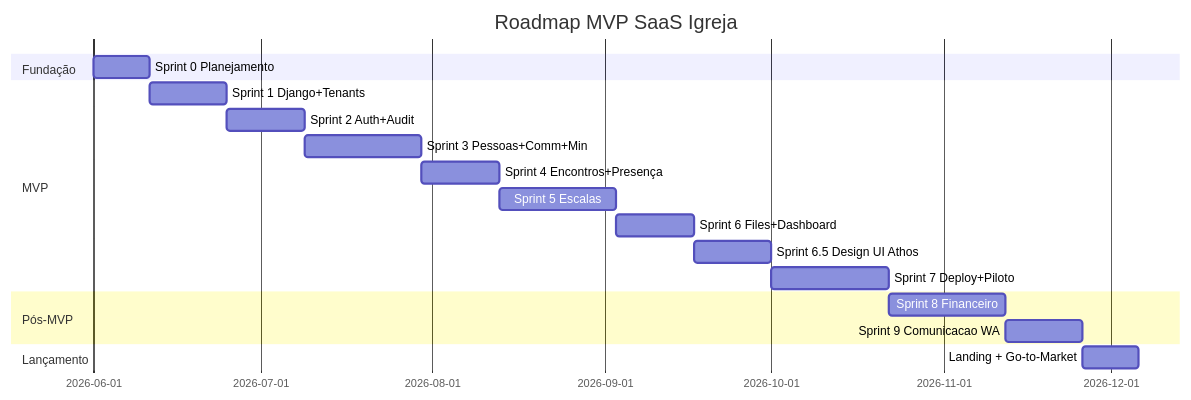
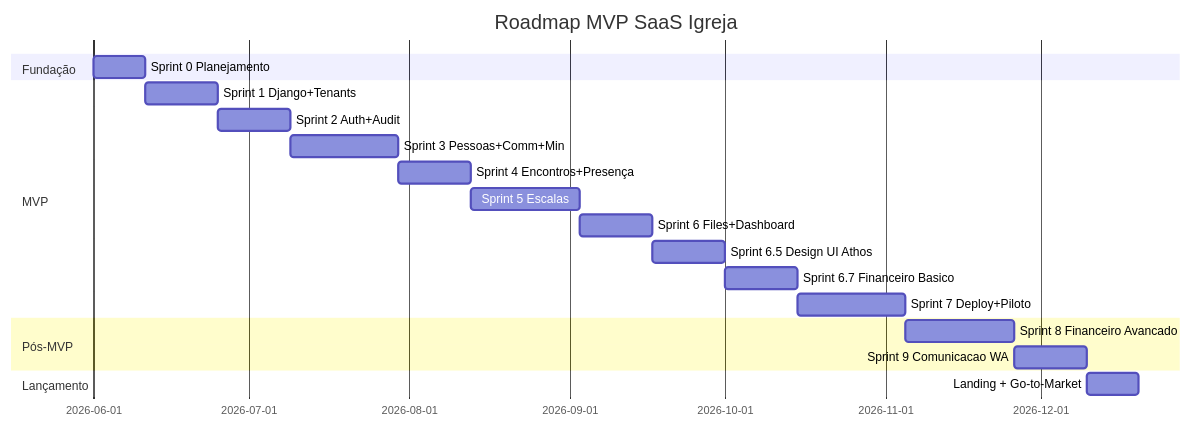
Before and after one commit to Ludsonfrancisco/saas_igreja: the fifth of 5 diagrams in PRD.md, drawn with Mermaid. The commit also changed other lines of this file and 5 other files, not shown here.

Commit message:
financeiro basico no mvp

````diff
--- a/PRD.md
+++ b/PRD.md
@@ -1227,21 +1235,22 @@
 ```mermaid
 gantt
   title Roadmap MVP SaaS Igreja
   dateFormat  YYYY-MM-DD
   section Fundação
   Sprint 0 Planejamento      :a0, 2026-06-01, 10d
   section MVP
   Sprint 1 Django+Tenants    :a1, after a0, 14d
   Sprint 2 Auth+Audit        :a2, after a1, 14d
   Sprint 3 Pessoas+Comm+Min  :a3, after a2, 21d
   Sprint 4 Encontros+Presença:a4, after a3, 14d
   Sprint 5 Escalas           :a5, after a4, 21d
   Sprint 6 Files+Dashboard   :a6, after a5, 14d
   Sprint 6.5 Design UI Athos :a65, after a6, 14d
-  Sprint 7 Deploy+Piloto     :a7, after a65, 21d
+  Sprint 6.7 Financeiro Basico:a67, after a65, 14d
+  Sprint 7 Deploy+Piloto     :a7, after a67, 21d
   section Pós-MVP
-  Sprint 8 Financeiro        :a8, after a7, 21d
+  Sprint 8 Financeiro Avancado:a8, after a7, 21d
   Sprint 9 Comunicacao WA    :a9, after a8, 14d
   section Lançamento
   Landing + Go-to-Market     :a10, after a9, 10d
 ```
````
